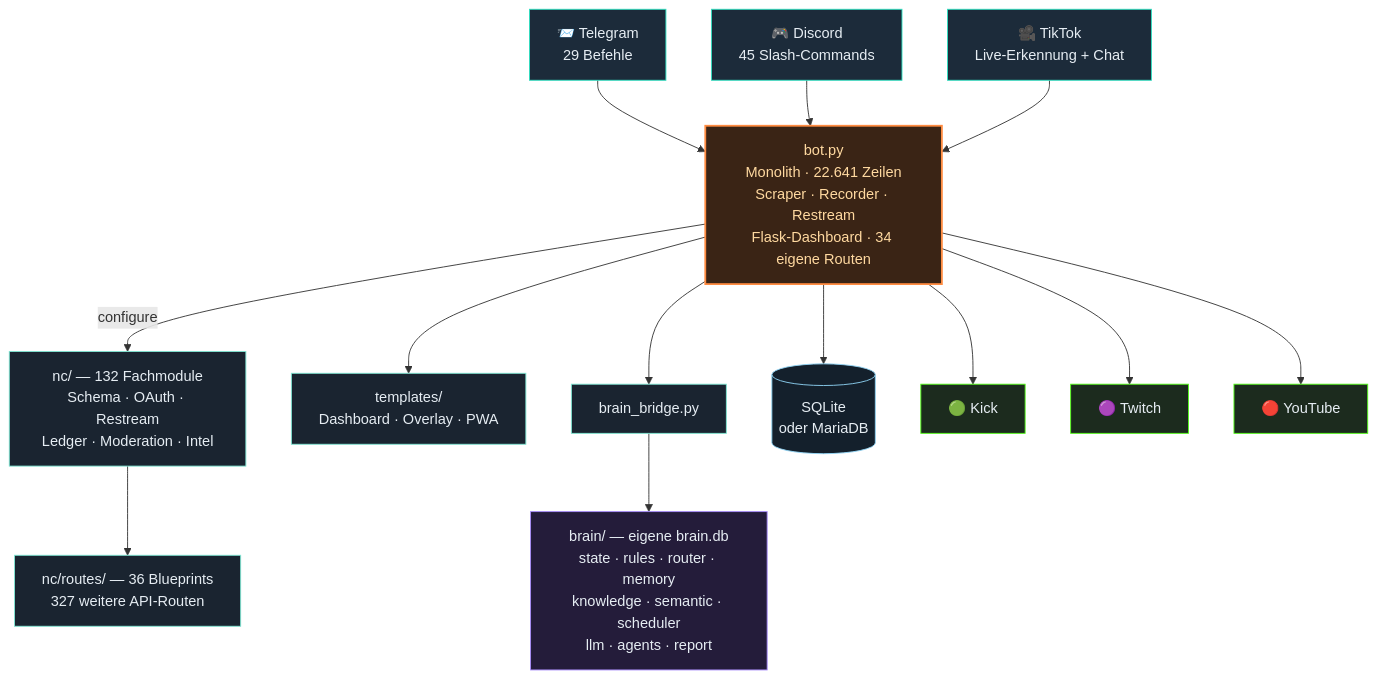
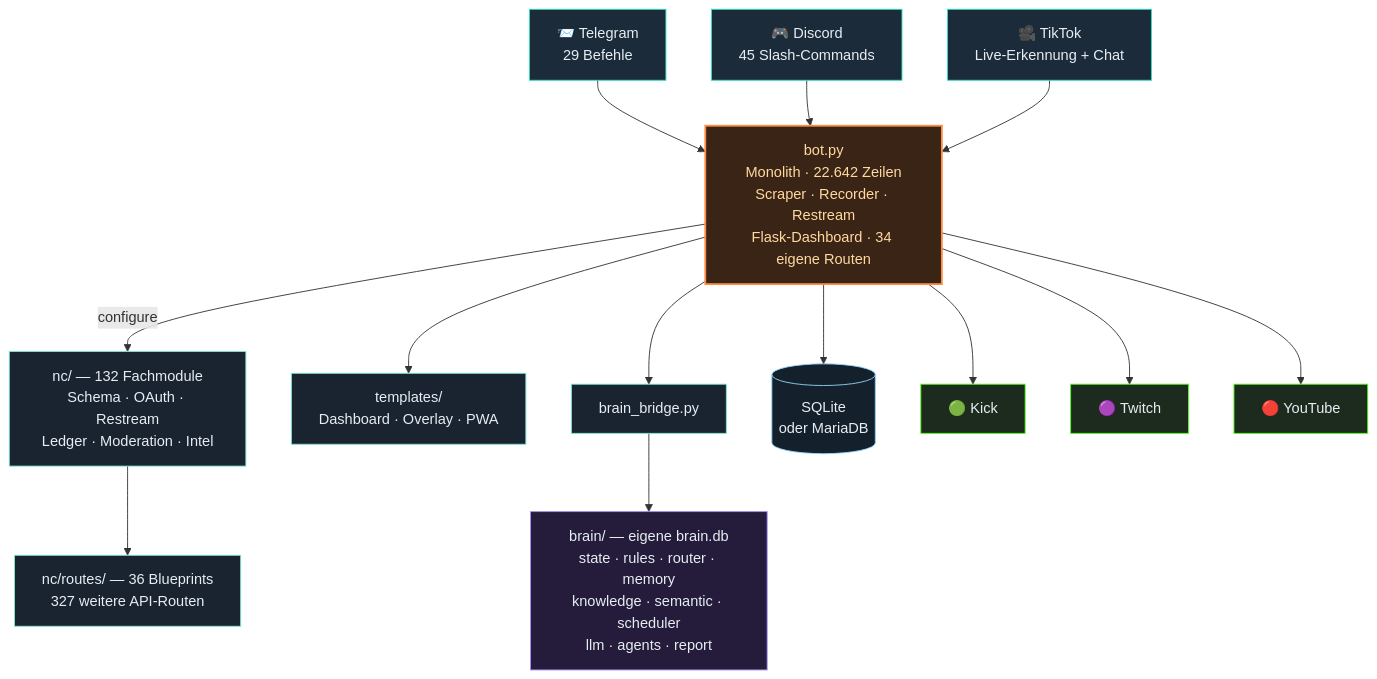
The third of 4 diagrams in README.md (itsamemedev/Telegram-Stream-Info-Bot), drawn with Mermaid before and after one commit. The commit also changed other lines of this file and 6 other files, not shown here.

````diff
--- a/README.md
+++ b/README.md
@@ -189,30 +189,30 @@
 ```mermaid
 flowchart TB
     TG["📨 Telegram<br/>29 Befehle"]:::ein
     DC["🎮 Discord<br/>45 Slash-Commands"]:::ein
     TT["🎥 TikTok<br/>Live-Erkennung + Chat"]:::ein
 
     TG --> BOT
     DC --> BOT
     TT --> BOT
 
-    BOT["bot.py<br/>Monolith · 22.641 Zeilen<br/>Scraper · Recorder · Restream<br/>Flask-Dashboard · 34 eigene Routen"]:::core
+    BOT["bot.py<br/>Monolith · 22.642 Zeilen<br/>Scraper · Recorder · Restream<br/>Flask-Dashboard · 34 eigene Routen"]:::core
 
     BOT -->|configure| NC["nc/ — 132 Fachmodule<br/>Schema · OAuth · Restream<br/>Ledger · Moderation · Intel"]:::lib
     NC --> RT["nc/routes/ — 36 Blueprints<br/>327 weitere API-Routen"]:::lib
     BOT --> TPL["templates/<br/>Dashboard · Overlay · PWA"]:::lib
     BOT --> BR["brain_bridge.py"]:::lib
     BR --> BRAIN["brain/ — eigene brain.db<br/>state · rules · router · memory<br/>knowledge · semantic · scheduler<br/>llm · agents · report"]:::brain
     BOT --> DB[("SQLite<br/>oder MariaDB")]:::db
 
     BOT --> KICK["🟢 Kick"]:::out
     BOT --> TW["🟣 Twitch"]:::out
     BOT --> YT["🔴 YouTube"]:::out
 
     classDef ein fill:#1c2b3a,stroke:#2de1c2,color:#e6edf3
     classDef core fill:#3a2415,stroke:#ff8c42,stroke-width:2px,color:#ffd9a0
     classDef lib fill:#1a2430,stroke:#7fe7d4,color:#e6edf3
     classDef brain fill:#241c3a,stroke:#a78bfa,color:#e6edf3
     classDef db fill:#14202c,stroke:#8fd3f4,color:#e6edf3
     classDef out fill:#1c2b1e,stroke:#53fc18,color:#e6edf3
 ```
````
